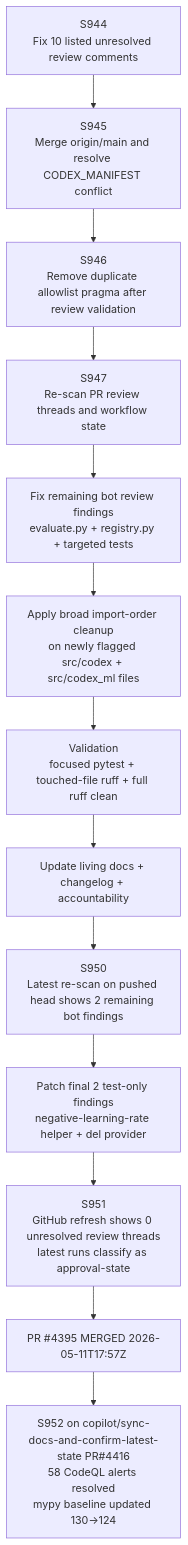
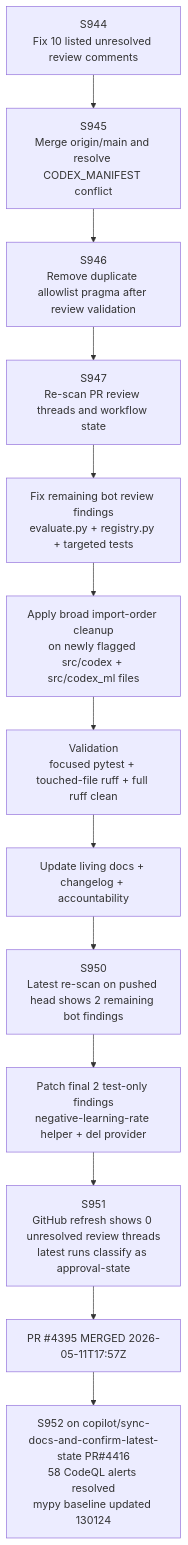
One commit to Aries-Serpent/_codex_ changed the first of 2 diagrams in docs/sessions/PR4395_session_diagram.md. Above: the diagram before and after it, drawn with Mermaid. The commit also changed other lines of this file and 4117 other files, not shown here.

````diff
--- a/docs/sessions/PR4395_session_diagram.md
+++ b/docs/sessions/PR4395_session_diagram.md
@@ -7,17 +7,30 @@
 ```mermaid
 %%{init: {'accessibility': {'title': 'Flowchart showing S944<br/>Fix 10 listed unresolved review comments, S945<br/>Merge origin/main and resolve CODEX_MANIFEST conflict'}}%%
+
 graph TD
-  A[S944<br/>Fix 10 listed unresolved review comments] --> B
-  B[S945<br/>Merge origin/main and resolve CODEX_MANIFEST conflict] --> C
-  C[S946<br/>Remove duplicate allowlist pragma after review validation] --> D
-  D[S947<br/>Re-scan PR review threads and workflow state] --> E
-  E[Fix remaining bot review findings<br/>evaluate.py + registry.py + targeted tests] --> F
-  F[Apply broad import-order cleanup<br/>on newly flagged src/codex + src/codex_ml files] --> G
-  G[Validation<br/>focused pytest + touched-file ruff + full ruff clean] --> H
-  H[Update living docs + changelog + accountability] --> I
-  I[S950<br/>Latest re-scan on pushed head shows 2 remaining bot findings] --> J
-  J[Patch final 2 test-only findings<br/>negative-learning-rate helper + del provider] --> K
-  K[S951<br/>GitHub refresh shows 0 unresolved review threads<br/>latest runs classify as approval-state] --> L
-  L[PR #4395 MERGED 2026-05-11T17:57Z] --> M
-  M[S952 on copilot/sync-docs-and-confirm-latest-state PR#4416<br/>58 CodeQL alerts resolved<br/>mypy baseline updated 130→124]
+
+ A[S944<br/>Fix 10 listed unresolved review comments] --> B
+
+ B[S945<br/>Merge origin/main and resolve CODEX_MANIFEST conflict] --> C
+
+ C[S946<br/>Remove duplicate allowlist pragma after review validation] --> D
+
+ D[S947<br/>Re-scan PR review threads and workflow state] --> E
+
+ E[Fix remaining bot review findings<br/>evaluate.py + registry.py + targeted tests] --> F
+
+ F[Apply broad import-order cleanup<br/>on newly flagged src/codex + src/codex_ml files] --> G
+
+ G[Validation<br/>focused pytest + touched-file ruff + full ruff clean] --> H
+
+ H[Update living docs + changelog + accountability] --> I
+
+ I[S950<br/>Latest re-scan on pushed head shows 2 remaining bot findings] --> J
+
+ J[Patch final 2 test-only findings<br/>negative-learning-rate helper + del provider] --> K
+
+ K[S951<br/>GitHub refresh shows 0 unresolved review threads<br/>latest runs classify as approval-state] --> L
+
+ L[PR #4395 MERGED 2026-05-11T17:57Z] --> M
+ M[S952 on copilot/sync-docs-and-confirm-latest-state PR#4416<br/>58 CodeQL alerts resolved<br/>mypy baseline updated 130124]
 ```
````
